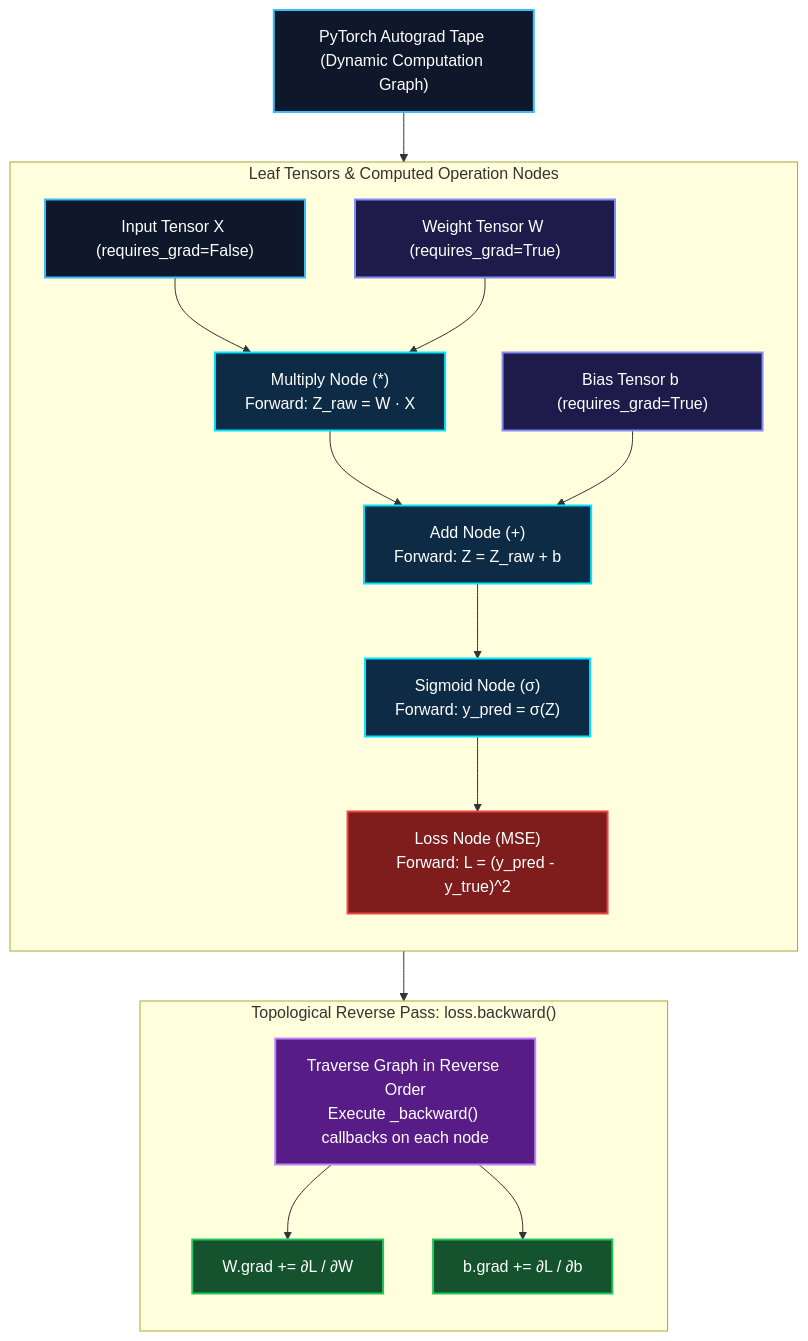
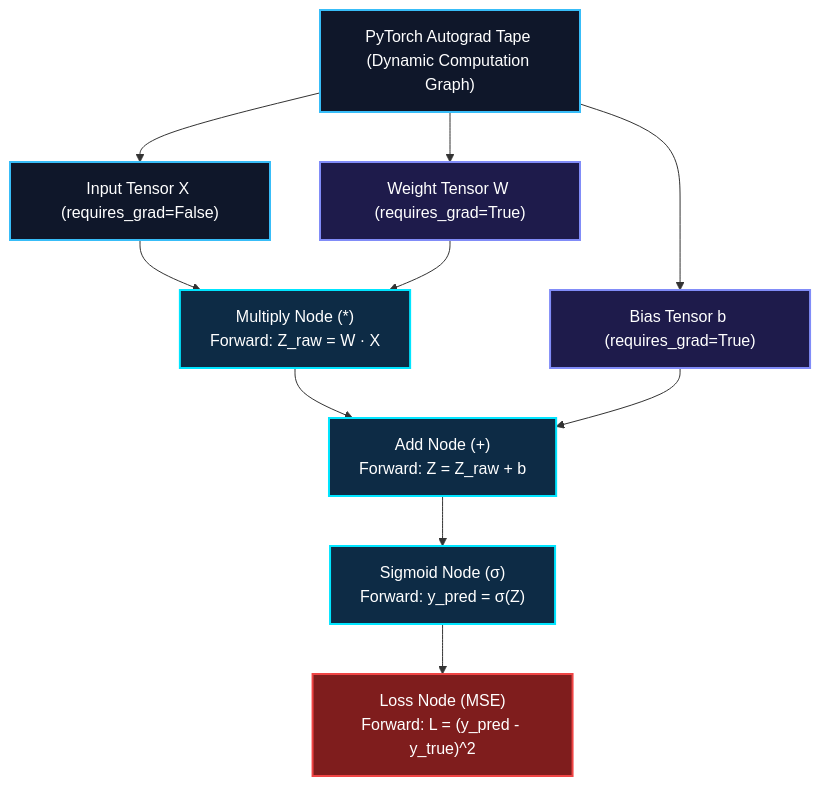
The fourth of 5 diagrams in contents/blog/0075-inside-the-learning-engine-forward-pass-backpropagation-autograd/index.md (narenandu/narenvadapalli_dot_com), drawn with Mermaid before and after one commit. The commit also changed other lines of this file and 22 other files, not shown here.

Commit message:
fix(blog): resolve side-by-side Mermaid diagrams, KaTeX math formatting, and alert tags across all blogs

````diff
--- a/contents/blog/0075-inside-the-learning-engine-forward-pass-backpropagation-autograd/index.md
+++ b/contents/blog/0075-inside-the-learning-engine-forward-pass-backpropagation-autograd/index.md
@@ -127,51 +126,31 @@
 ```mermaid
 flowchart TD
-    direction TB
+    START_DAG["PyTorch Autograd Tape (Dynamic Computation Graph)"]
+    T_X["Input Tensor X (requires_grad=False)"]
+    T_W["Weight Tensor W (requires_grad=True)"]
+    T_B["Bias Tensor b (requires_grad=True)"]
+    
+    OP_MUL["Multiply Node (*)<br/>Forward: Z_raw = W · X"]
+    OP_ADD["Add Node (+)<br/>Forward: Z = Z_raw + b"]
+    OP_SIG["Sigmoid Node (σ)<br/>Forward: y_pred = σ(Z)"]
+    OP_MSE["Loss Node (MSE)<br/>Forward: L = (y_pred - y_true)^2"]
 
-    START_DAG["PyTorch Autograd Tape (Dynamic Computation Graph)"]
-
-    subgraph Nodes ["Leaf Tensors & Computed Operation Nodes"]
-        direction TB
-        T_X["Input Tensor X (requires_grad=False)"]
-        T_W["Weight Tensor W (requires_grad=True)"]
-        T_B["Bias Tensor b (requires_grad=True)"]
-        
-        OP_MUL["Multiply Node (*)<br/>Forward: Z_raw = W · X"]
-        OP_ADD["Add Node (+)<br/>Forward: Z = Z_raw + b"]
-        OP_SIG["Sigmoid Node (σ)<br/>Forward: y_pred = σ(Z)"]
-        OP_MSE["Loss Node (MSE)<br/>Forward: L = (y_pred - y_true)^2"]
-
-        T_X --> OP_MUL
-        T_W --> OP_MUL
-        OP_MUL --> OP_ADD
-        T_B --> OP_ADD
-        OP_ADD --> OP_SIG
-        OP_SIG --> OP_MSE
-    end
-
-    subgraph BackwardExecution ["Topological Reverse Pass: loss.backward()"]
-        direction TB
-        EXEC["Traverse Graph in Reverse Order<br/>Execute _backward() callbacks on each node"]
-        UPDATE_W["W.grad += ∂L / ∂W"]
-        UPDATE_B["b.grad += ∂L / ∂b"]
-
-        EXEC --> UPDATE_W
-        EXEC --> UPDATE_B
-    end
-
-    START_DAG --> Nodes --> BackwardExecution
+    START_DAG --> T_X
+    START_DAG --> T_W
+    START_DAG --> T_B
+    T_X --> OP_MUL
+    T_W --> OP_MUL
+    OP_MUL --> OP_ADD
+    T_B --> OP_ADD
+    OP_ADD --> OP_SIG
+    OP_SIG --> OP_MSE
 
     style START_DAG fill:#0f172a,stroke:#38bdf8,stroke-width:2px,color:#ffffff
     style T_X fill:#0f172a,stroke:#38bdf8,stroke-width:2px,color:#ffffff
     style T_W fill:#1e1b4b,stroke:#818cf8,stroke-width:2px,color:#ffffff
     style T_B fill:#1e1b4b,stroke:#818cf8,stroke-width:2px,color:#ffffff
-    
     style OP_MUL fill:#0d2b45,stroke:#00e5ff,stroke-width:2px,color:#ffffff
     style OP_ADD fill:#0d2b45,stroke:#00e5ff,stroke-width:2px,color:#ffffff
     style OP_SIG fill:#0d2b45,stroke:#00e5ff,stroke-width:2px,color:#ffffff
     style OP_MSE fill:#7f1d1d,stroke:#ef4444,stroke-width:2px,color:#ffffff
-
-    style EXEC fill:#581c87,stroke:#c084fc,stroke-width:2px,color:#ffffff
-    style UPDATE_W fill:#14532d,stroke:#22c55e,stroke-width:2px,color:#ffffff
-    style UPDATE_B fill:#14532d,stroke:#22c55e,stroke-width:2px,color:#ffffff
 ```
````
